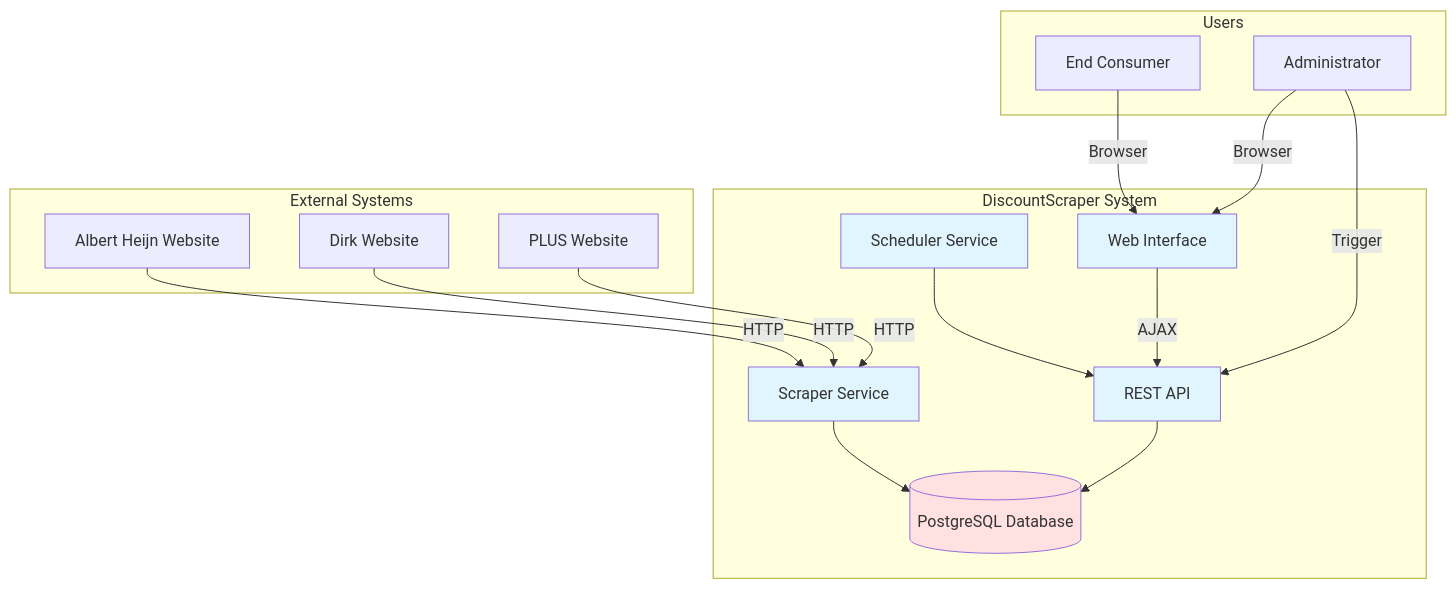
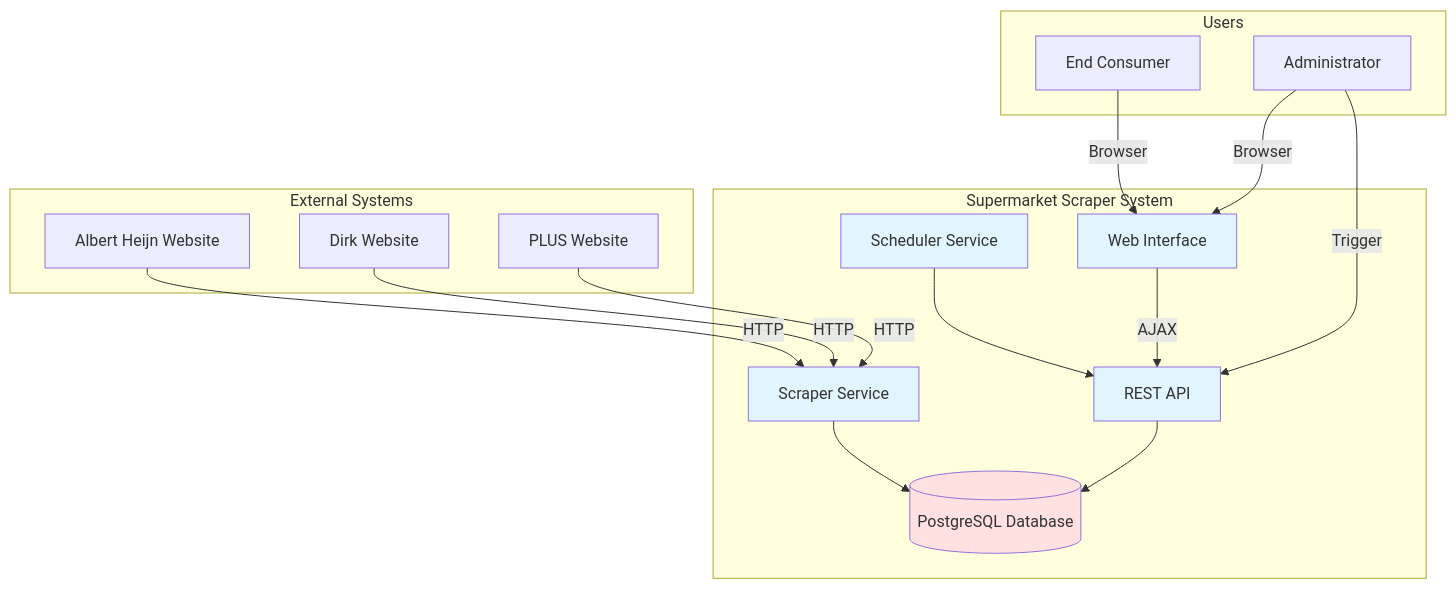
The first of 12 diagrams in docs/FUNCTIONAL_DESIGN.md (shelly-nas/discount-scraper), drawn with Mermaid before and after one commit. The commit also changed other lines of this file and 12 other files, not shown here.

First line of the commit message:
chore: rename the project to supermarket-scraper

````diff
--- a/docs/FUNCTIONAL_DESIGN.md
+++ b/docs/FUNCTIONAL_DESIGN.md
@@ -134,40 +155,40 @@
 ```mermaid
 graph TB
     subgraph "External Systems"
         AH[Albert Heijn Website]
         DIRK[Dirk Website]
         PLUS[PLUS Website]
     end
 
-    subgraph "DiscountScraper System"
+    subgraph "Supermarket Scraper System"
         SCRAPER[Scraper Service]
         API[REST API]
         WEB[Web Interface]
         DB[(PostgreSQL Database)]
         SCHEDULER[Scheduler Service]
     end
 
     subgraph "Users"
         CONSUMER[End Consumer]
         ADMIN[Administrator]
     end
 
     AH -->|HTTP| SCRAPER
     DIRK -->|HTTP| SCRAPER
     PLUS -->|HTTP| SCRAPER
 
     SCRAPER --> DB
     API --> DB
     SCHEDULER --> API
 
     CONSUMER -->|Browser| WEB
     ADMIN -->|Browser| WEB
     WEB -->|AJAX| API
     ADMIN -->|Trigger| API
 
     style SCRAPER fill:#e1f5ff
     style API fill:#e1f5ff
     style WEB fill:#e1f5ff
     style DB fill:#ffe1e1
     style SCHEDULER fill:#e1f5ff
 ```
````
